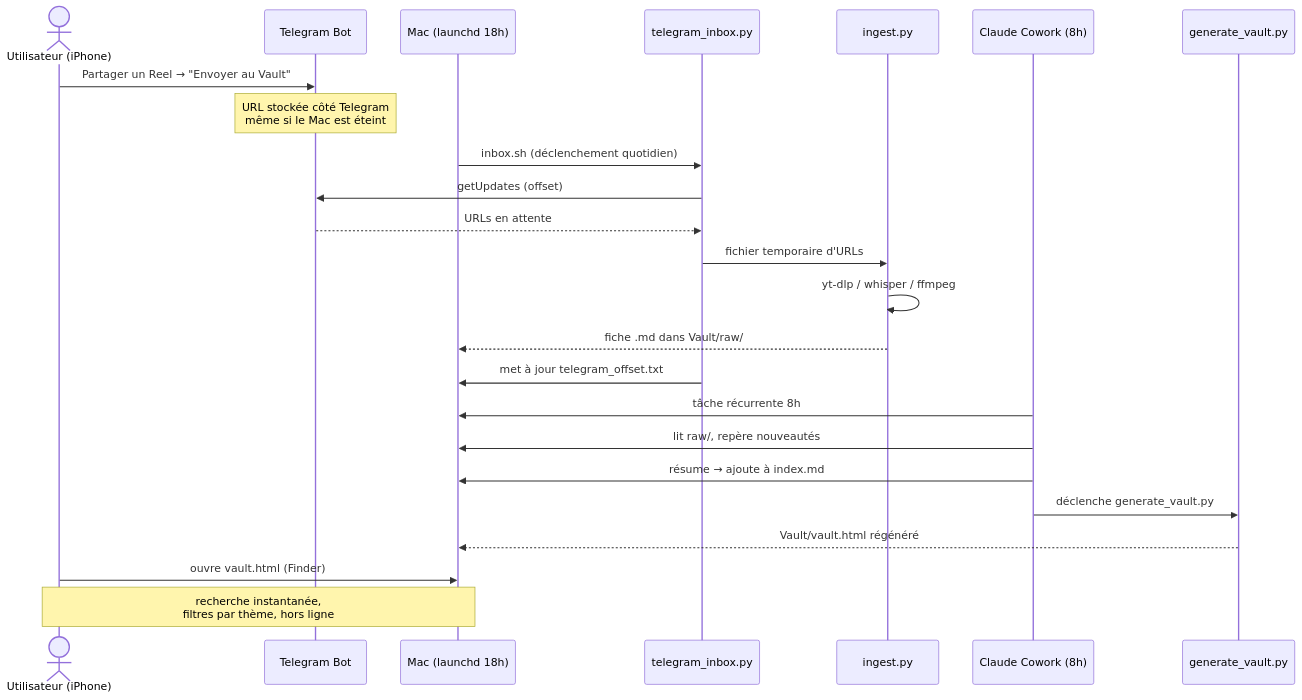
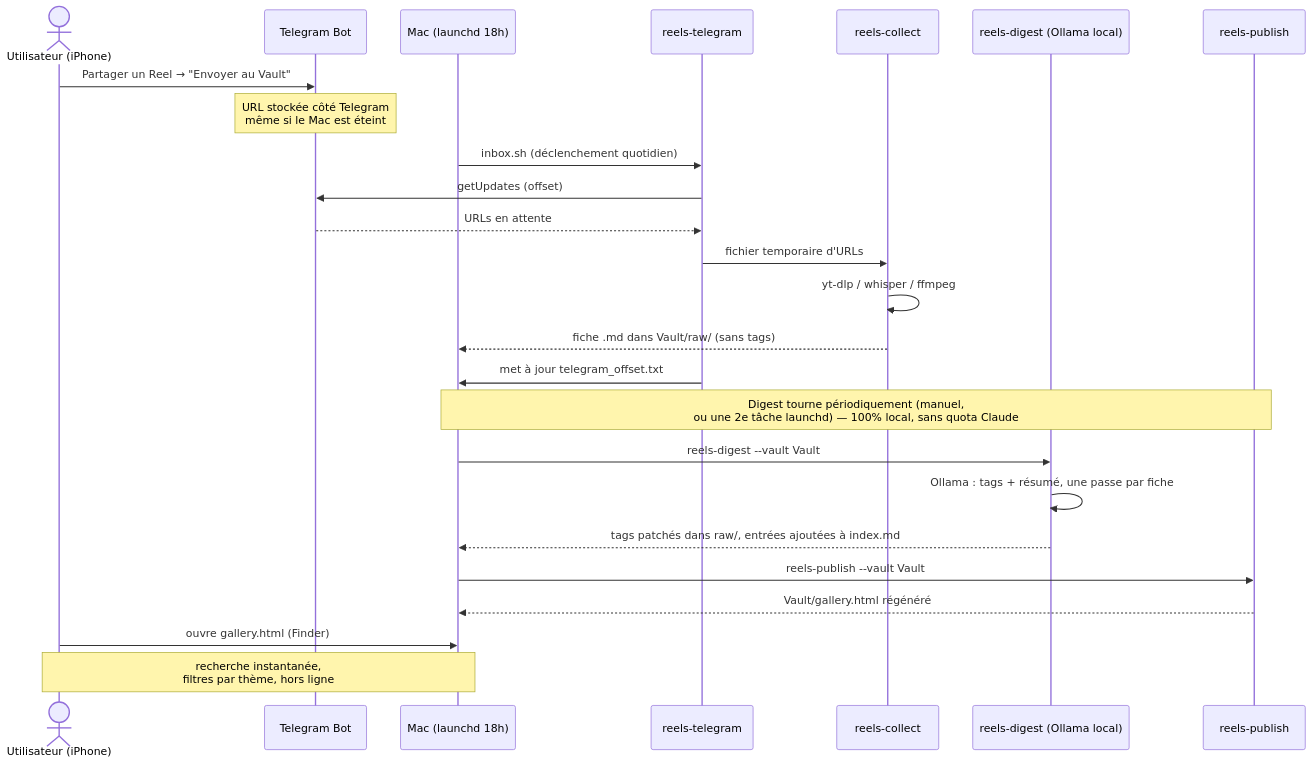
One commit to VySellathurai/better-insta-collection changed the second of 2 diagrams in schema.md. Above: the diagram before and after it, drawn with Mermaid. The commit also changed other lines of this file and 16 other files, not shown here.

````diff
--- a/schema.md
+++ b/schema.md
@@ -112,30 +115,31 @@
 ```mermaid
 sequenceDiagram
     actor U as Utilisateur (iPhone)
     participant TG as Telegram Bot
     participant MAC as Mac (launchd 18h)
-    participant TI as telegram_inbox.py
-    participant IN as ingest.py
-    participant CW as Claude Cowork (8h)
-    participant GV as generate_vault.py
+    participant TI as reels-telegram
+    participant IN as reels-collect
+    participant DG as reels-digest (Ollama local)
+    participant GV as reels-publish
 
     U->>TG: Partager un Reel → "Envoyer au Vault"
     Note over TG: URL stockée côté Telegram<br/>même si le Mac est éteint
 
     MAC->>TI: inbox.sh (déclenchement quotidien)
     TI->>TG: getUpdates (offset)
     TG-->>TI: URLs en attente
     TI->>IN: fichier temporaire d'URLs
     IN->>IN: yt-dlp / whisper / ffmpeg
-    IN-->>MAC: fiche .md dans Vault/raw/
+    IN-->>MAC: fiche .md dans Vault/raw/ (sans tags)
     TI->>MAC: met à jour telegram_offset.txt
 
-    CW->>MAC: tâche récurrente 8h
-    CW->>MAC: lit raw/, repère nouveautés
-    CW->>MAC: résume → ajoute à index.md
-    CW->>GV: déclenche generate_vault.py
-    GV-->>MAC: Vault/vault.html régénéré
+    Note over MAC,GV: Digest tourne périodiquement (manuel,<br/>ou une 2e tâche launchd) — 100% local, sans quota Claude
+    MAC->>DG: reels-digest --vault Vault
+    DG->>DG: Ollama : tags + résumé, une passe par fiche
+    DG-->>MAC: tags patchés dans raw/, entrées ajoutées à index.md
+    MAC->>GV: reels-publish --vault Vault
+    GV-->>MAC: Vault/gallery.html régénéré
 
-    U->>MAC: ouvre vault.html (Finder)
+    U->>MAC: ouvre gallery.html (Finder)
     Note over U,MAC: recherche instantanée,<br/>filtres par thème, hors ligne
 ```
````
